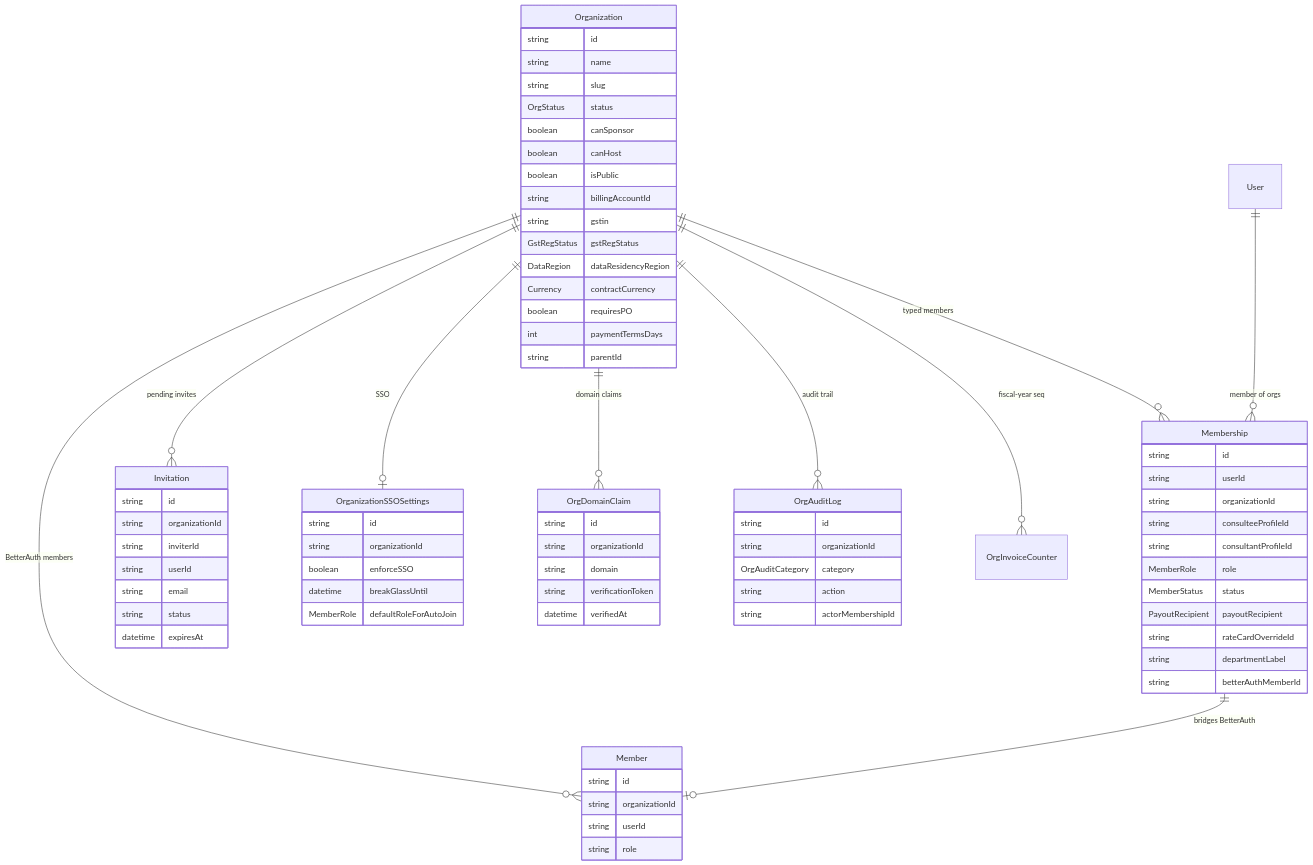
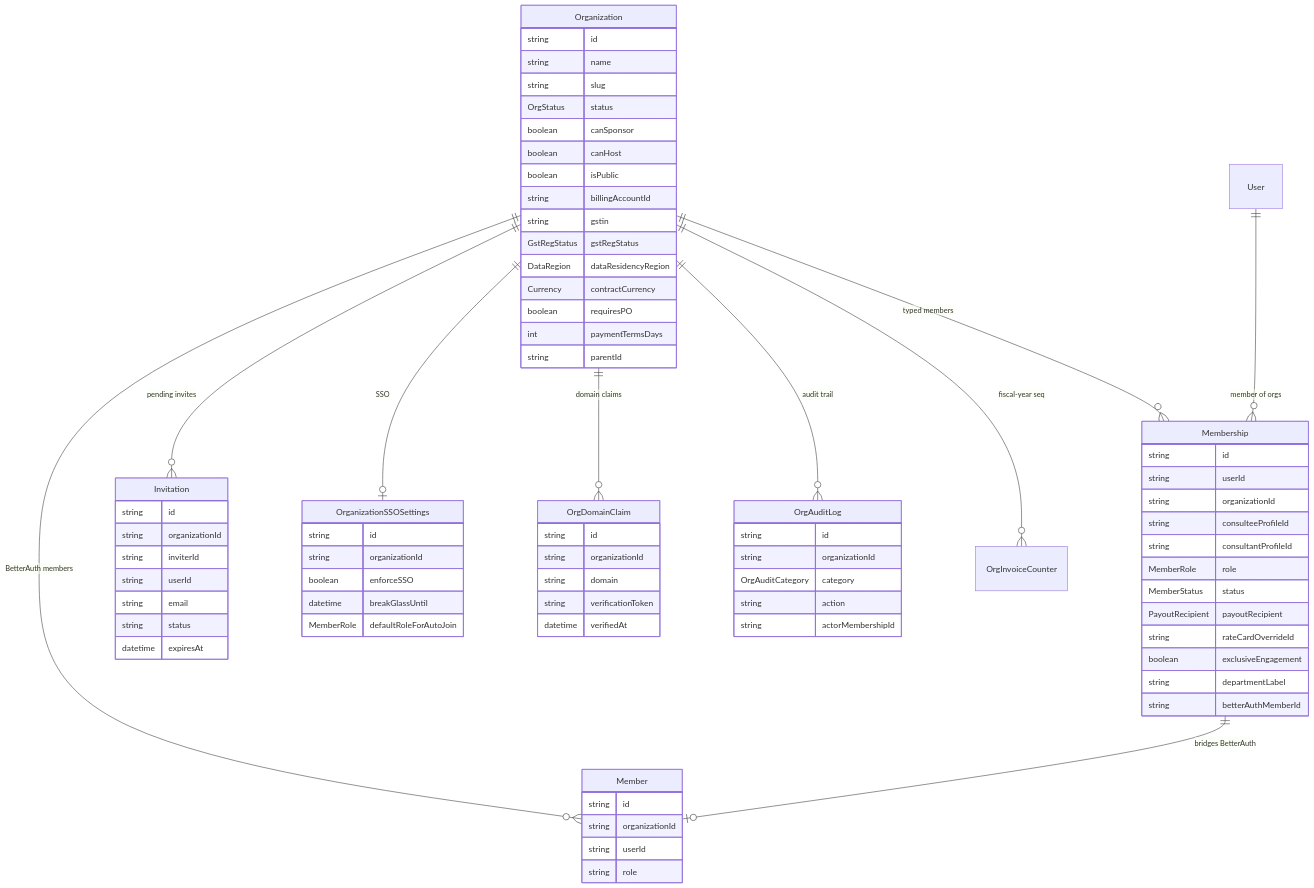
Before and after one commit to Practitionist/familiarise_web: diagram 18 of 24 in docs/prisma/schema-map.md, drawn with Mermaid. The commit also changed other lines of this file and 3 other files, not shown here.

First line of the commit message:
feat(schema): ADR-18 boundary stubs — program consultant allowlist + membership exclusivity

````diff
--- a/docs/prisma/schema-map.md
+++ b/docs/prisma/schema-map.md
@@ -1198,79 +1198,80 @@
 ```mermaid
 erDiagram
     Organization {
         string id
         string name
         string slug
         OrgStatus status
         boolean canSponsor
         boolean canHost
         boolean isPublic
         string billingAccountId
         string gstin
         GstRegStatus gstRegStatus
         DataRegion dataResidencyRegion
         Currency contractCurrency
         boolean requiresPO
         int paymentTermsDays
         string parentId
     }
     Membership {
         string id
         string userId
         string organizationId
         string consulteeProfileId
         string consultantProfileId
         MemberRole role
         MemberStatus status
         PayoutRecipient payoutRecipient
         string rateCardOverrideId
+        boolean exclusiveEngagement
         string departmentLabel
         string betterAuthMemberId
     }
     Member {
         string id
         string organizationId
         string userId
         string role
     }
     Invitation {
         string id
         string organizationId
         string inviterId
         string userId
         string email
         string status
         datetime expiresAt
     }
     OrganizationSSOSettings {
         string id
         string organizationId
         boolean enforceSSO
         datetime breakGlassUntil
         MemberRole defaultRoleForAutoJoin
     }
     OrgDomainClaim {
         string id
         string organizationId
         string domain
         string verificationToken
         datetime verifiedAt
     }
     OrgAuditLog {
         string id
         string organizationId
         OrgAuditCategory category
         string action
         string actorMembershipId
     }
 
     Organization ||--o{ Membership : "typed members"
     Organization ||--o{ Member : "BetterAuth members"
     Organization ||--o{ Invitation : "pending invites"
     Organization ||--o| OrganizationSSOSettings : "SSO"
     Organization ||--o{ OrgDomainClaim : "domain claims"
     Organization ||--o{ OrgAuditLog : "audit trail"
     Organization ||--o{ OrgInvoiceCounter : "fiscal-year seq"
     User ||--o{ Membership : "member of orgs"
     Membership ||--o| Member : "bridges BetterAuth"
 ```
````
